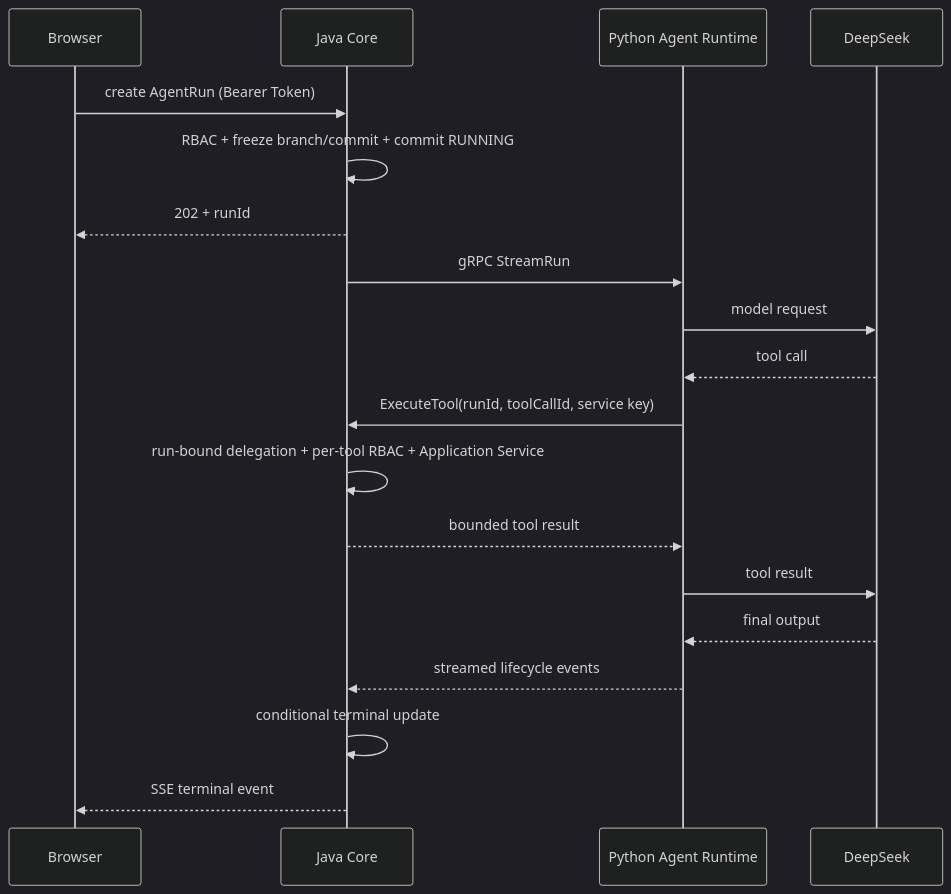
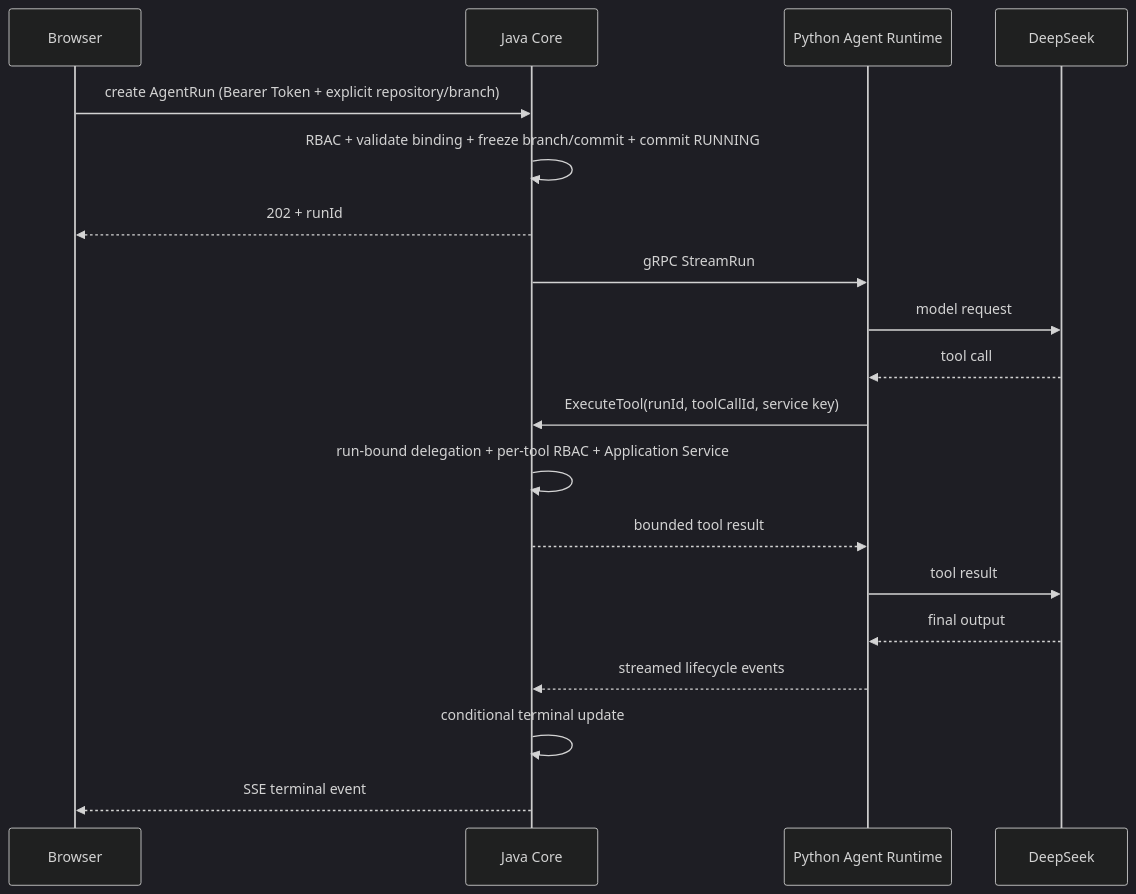
One commit to Obdeadsoup/DevPilot changed the fourth of 4 diagrams in README.md. Above: the diagram before and after it, drawn with Mermaid (dark theme). The commit also changed other lines of this file and 46 other files, not shown here.

````diff
--- a/README.md
+++ b/README.md
@@ -84,21 +84,21 @@
 ```mermaid
 sequenceDiagram
     participant B as Browser
     participant J as Java Core
     participant P as Python Agent Runtime
     participant D as DeepSeek
-    B->>J: create AgentRun (Bearer Token)
-    J->>J: RBAC + freeze branch/commit + commit RUNNING
+    B->>J: create AgentRun (Bearer Token + explicit repository/branch)
+    J->>J: RBAC + validate binding + freeze branch/commit + commit RUNNING
     J-->>B: 202 + runId
     J->>P: gRPC StreamRun
     P->>D: model request
     D-->>P: tool call
     P->>J: ExecuteTool(runId, toolCallId, service key)
     J->>J: run-bound delegation + per-tool RBAC + Application Service
     J-->>P: bounded tool result
     P->>D: tool result
     D-->>P: final output
     P-->>J: streamed lifecycle events
     J->>J: conditional terminal update
     J-->>B: SSE terminal event
 ```
````
